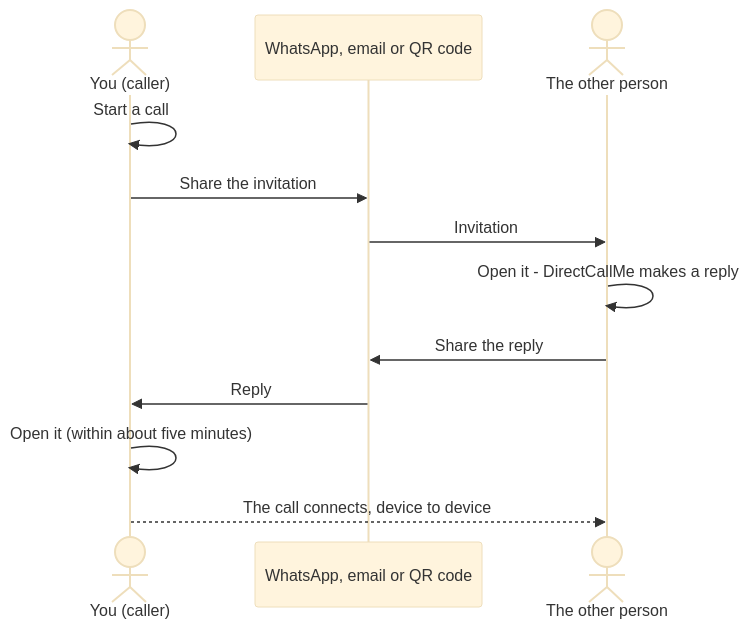
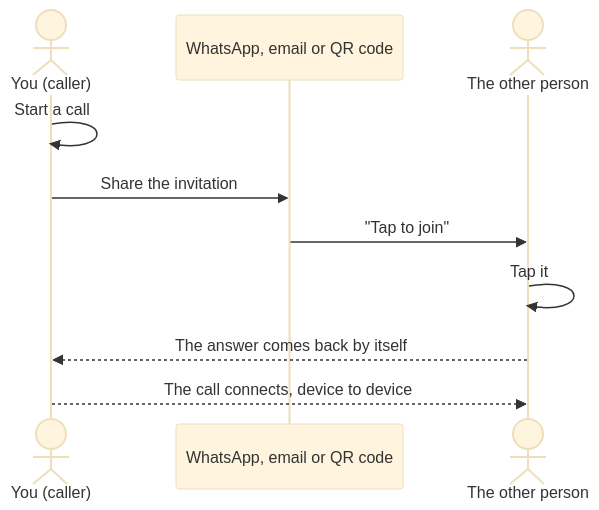
One commit to melihercan/DirectCallMe-Community changed the first of 2 diagrams in wiki/Getting-Started.md. Above: the diagram before and after it, drawn with Mermaid (base theme). The commit also changed other lines of this file and 5 other files, not shown here.

First line of the commit message:
Docs for the one-way invitation: send a call link in any chat

````diff
--- a/wiki/Getting-Started.md
+++ b/wiki/Getting-Started.md
@@ -17,14 +17,12 @@
 ```mermaid
 sequenceDiagram
     actor A as You (caller)
     participant M as WhatsApp, email or QR code
     actor B as The other person
     A->>A: Start a call
     A->>M: Share the invitation
-    M->>B: Invitation
-    B->>B: Open it - DirectCallMe makes a reply
-    B->>M: Share the reply
-    M->>A: Reply
-    A->>A: Open it (within about five minutes)
+    M->>B: "Tap to join"
+    B->>B: Tap it
+    B-->>A: The answer comes back by itself
     A-->>B: The call connects, device to device
 ```
````
